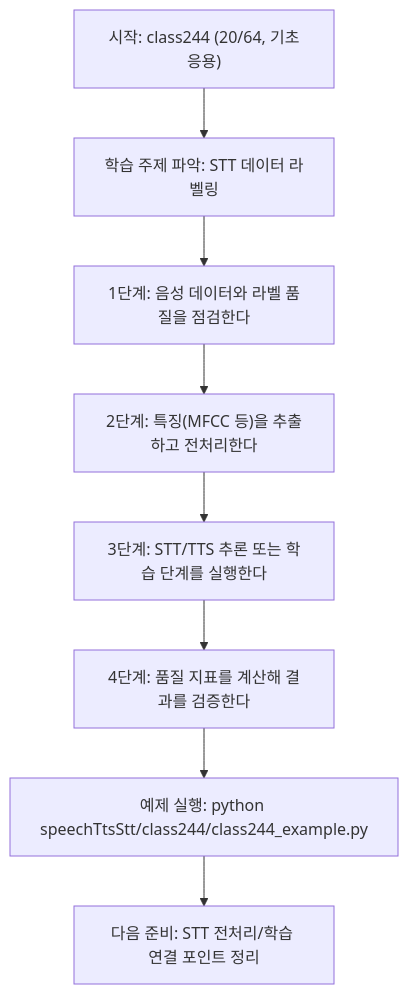
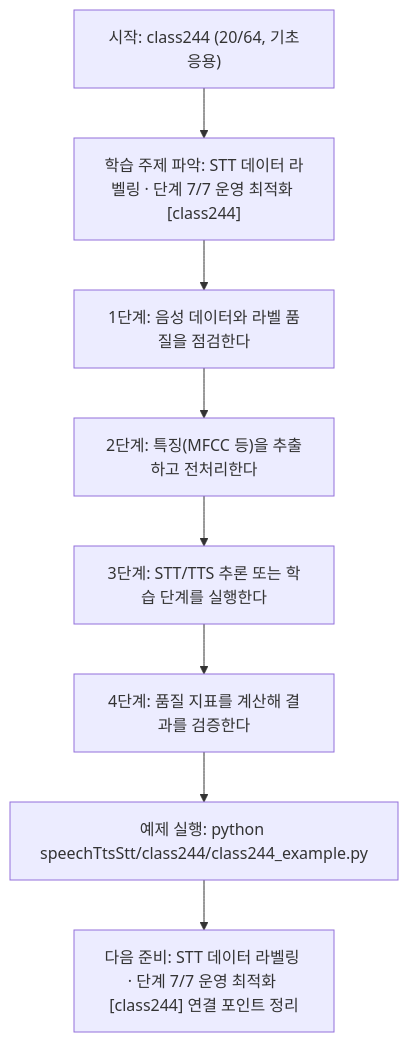
Before and after one commit to edumgt/Python-AI_Agent-Class: the diagram in speechTtsStt/class244/class244.md, drawn with Mermaid. The commit also changed other lines of this file and 522 other files, not shown here.

````diff
--- a/speechTtsStt/class244/class244.md
+++ b/speechTtsStt/class244/class244.md
@@ -113,18 +114,18 @@
 ```mermaid
 flowchart TD
 N1["시작: class244 (20/64, 기초응용)"]
-N2["학습 주제 파악: STT 데이터 라벨링"]
+N2["학습 주제 파악: STT 데이터 라벨링 · 단계 7/7 운영 최적화 [class244]"]
 N3["1단계: 음성 데이터와 라벨 품질을 점검한다"]
 N4["2단계: 특징(MFCC 등)을 추출하고 전처리한다"]
 N5["3단계: STT/TTS 추론 또는 학습 단계를 실행한다"]
 N6["4단계: 품질 지표를 계산해 결과를 검증한다"]
 N7["예제 실행: python speechTtsStt/class244/class244_example.py"]
-N8["다음 준비: STT 전처리/학습 연결 포인트 정리"]
+N8["다음 준비: STT 데이터 라벨링 · 단계 7/7 운영 최적화 [class244] 연결 포인트 정리"]
 N1 --> N2
 N2 --> N3
 N3 --> N4
 N4 --> N5
 N5 --> N6
 N6 --> N7
 N7 --> N8
 ```
````
